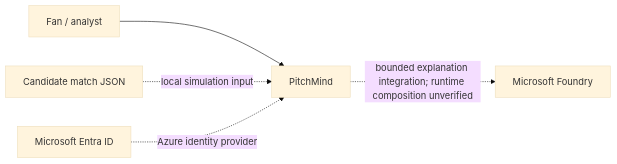
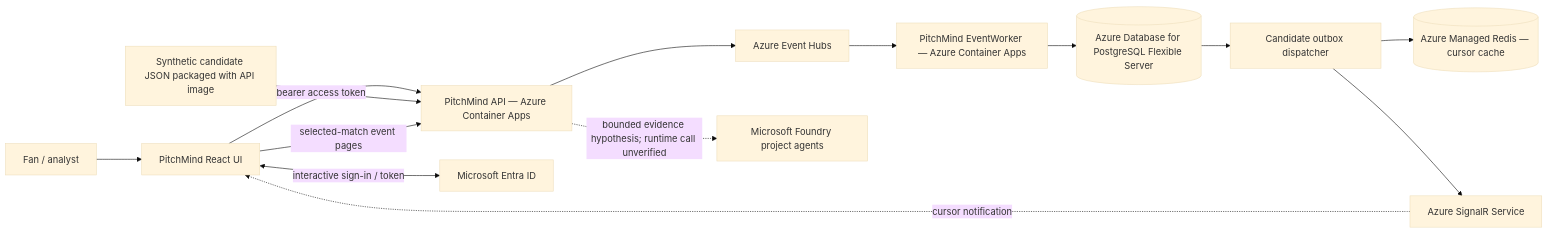
One commit to prateekgangopadhyay/PitchMind changed the first of 4 diagrams in README.md. Above: the diagram before and after it, drawn with Mermaid (base theme). The commit also changed other lines of this file and 12 other files, not shown here.

Commit message:
Document Azure DEV implementation and evidence

````diff
--- a/README.md
+++ b/README.md
@@ -11,7 +11,16 @@
 ```mermaid
 flowchart LR
-  User["Fan / analyst"] --> App["PitchMind"]
-  Source["Candidate match JSON"] -. "local simulation input" .-> App
-  Entra["Microsoft Entra ID"] -. "Azure identity provider" .-> App
-  App -. "bounded explanation integration; runtime composition unverified" .-> Foundry["Microsoft Foundry"]
+  User["Fan / analyst"] --> Web["PitchMind React UI"]
+  Web -->|"bearer access token"| API["PitchMind API — Azure Container Apps"]
+  Web <-->|"interactive sign-in / token"| Entra["Microsoft Entra ID"]
+  Source["Synthetic candidate JSON packaged with API image"] --> API
+  API --> EH["Azure Event Hubs"]
+  EH --> Worker["PitchMind EventWorker — Azure Container Apps"]
+  Worker --> PG[("Azure Database for PostgreSQL Flexible Server")]
+  PG --> Dispatch["Candidate outbox dispatcher"]
+  Dispatch --> Redis[("Azure Managed Redis — cursor cache")]
+  Dispatch --> SignalR["Azure SignalR Service"]
+  SignalR -. "cursor notification" .-> Web
+  Web -->|"selected-match event pages"| API
+  API -. "bounded evidence hypothesis; runtime call unverified" .-> Foundry["Microsoft Foundry project agents"]
 ```
````
